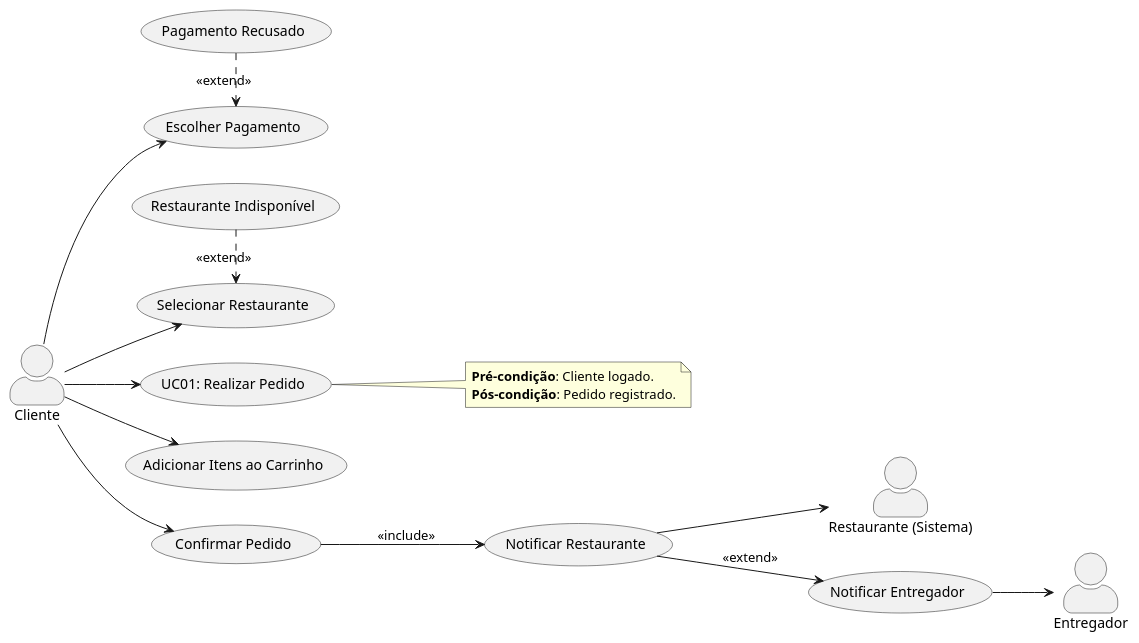
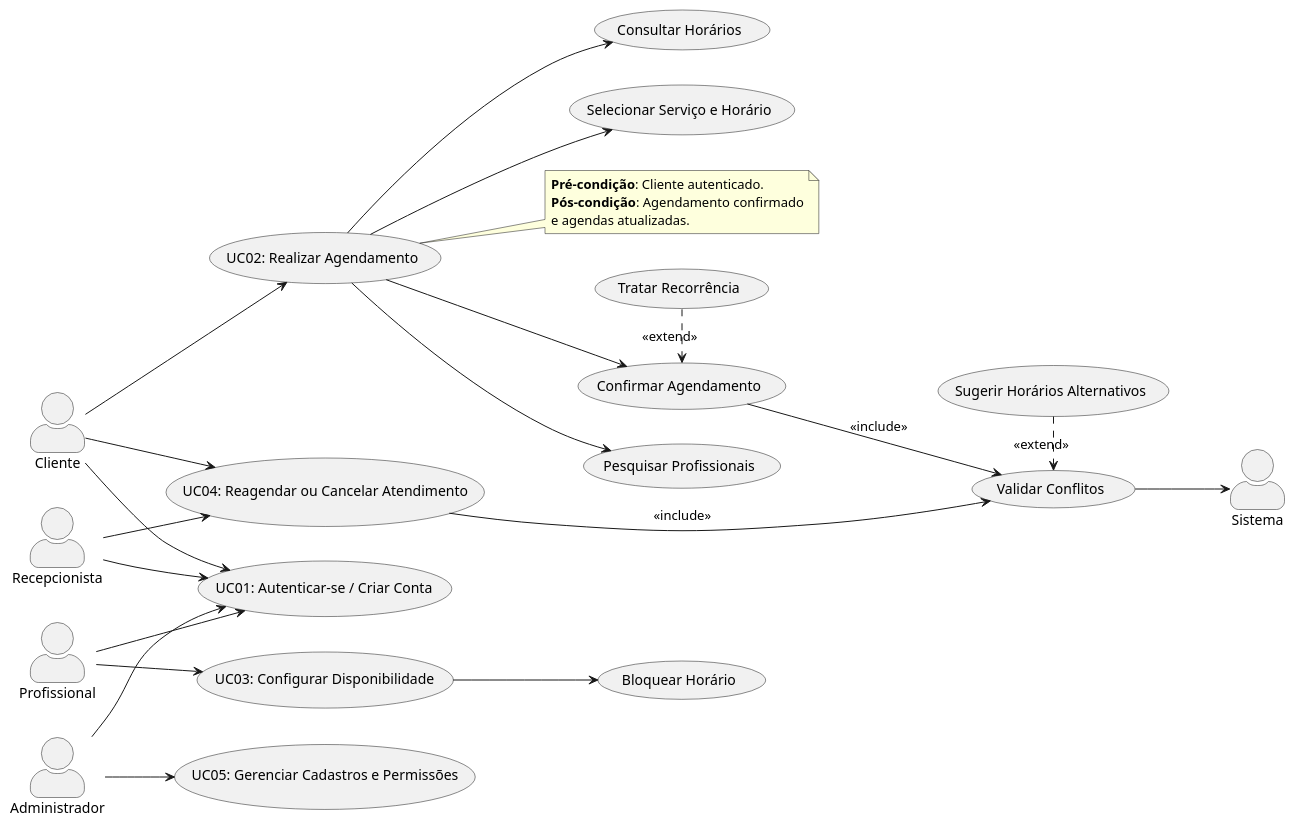
The first of 2 diagrams in docs/Elaboracao/levreq.md (Projetos-de-Extensao/PBE_26.2_8002_I), drawn with PlantUML before and after one commit. The commit also changed other lines of this file, not shown here.

Commit message:
levantamento requisitos e caso de uso

````diff
--- a/docs/Elaboracao/levreq.md
+++ b/docs/Elaboracao/levreq.md
@@ -75,42 +166,62 @@
-```puml
-@startuml FastDelivery_CasosDeUso
+```plantuml
+@startuml AgendamentoMultidisciplinar_CasosDeUso
 
 left to right direction
 skinparam actorStyle awesome
 
 actor Cliente
-actor Restaurante as "Restaurante (Sistema)"
-actor Entregador
+actor Profissional
+actor Recepcionista
+actor Administrador
+actor "Sistema" as Sistema
 
-usecase (UC01: Realizar Pedido) as UC01
-usecase (Selecionar Restaurante) as UC01_1
-usecase (Adicionar Itens ao Carrinho) as UC01_2
-usecase (Escolher Pagamento) as UC01_3
-usecase (Confirmar Pedido) as UC01_4
+usecase (UC01: Autenticar-se / Criar Conta) as UC01
 
-usecase (Notificar Restaurante) as UC02
-usecase (Notificar Entregador) as UC03
-usecase (Pagamento Recusado) as FA1
-usecase (Restaurante Indisponível) as FA2
+usecase (UC02: Realizar Agendamento) as UC02
+usecase (Pesquisar Profissionais) as UC02_1
+usecase (Consultar Horários) as UC02_2
+usecase (Selecionar Serviço e Horário) as UC02_3
+usecase (Confirmar Agendamento) as UC02_4
+usecase (Validar Conflitos) as UC02_V
+usecase (Sugerir Horários Alternativos) as FA_Conflito
+usecase (Tratar Recorrência) as FA_Recorrencia
+
+usecase (UC03: Configurar Disponibilidade) as UC03
+usecase (Bloquear Horário) as UC03_1
+
+usecase (UC04: Reagendar ou Cancelar Atendimento) as UC04
+
+usecase (UC05: Gerenciar Cadastros e Permissões) as UC05
 
 Cliente --> UC01
-Cliente --> UC01_1
-Cliente --> UC01_2
-Cliente --> UC01_3
-Cliente --> UC01_4
+Profissional --> UC01
+Recepcionista --> UC01
+Administrador --> UC01
 
-UC01_4 --> UC02 : <<include>>
-UC02 --> Restaurante
-UC02 --> UC03 : <<extend>>
-UC03 --> Entregador
+Cliente --> UC02
+UC02 --> UC02_1
+UC02 --> UC02_2
+UC02 --> UC02_3
+UC02 --> UC02_4
+UC02_4 --> UC02_V : <<include>>
+UC02_V --> Sistema
+FA_Conflito .> UC02_V : <<extend>>
+FA_Recorrencia .> UC02_4 : <<extend>>
 
-FA1 .> UC01_3 : <<extend>>
-FA2 .> UC01_1 : <<extend>>
+Profissional --> UC03
+UC03 --> UC03_1
 
-note right of UC01
-  **Pré-condição**: Cliente logado.
-  **Pós-condição**: Pedido registrado.
+Cliente --> UC04
+Recepcionista --> UC04
+UC04 --> UC02_V : <<include>>
+
+Administrador --> UC05
+
+note right of UC02
+  **Pré-condição**: Cliente autenticado.
+  **Pós-condição**: Agendamento confirmado
+  e agendas atualizadas.
 end note
 
 @enduml
 ```
````
